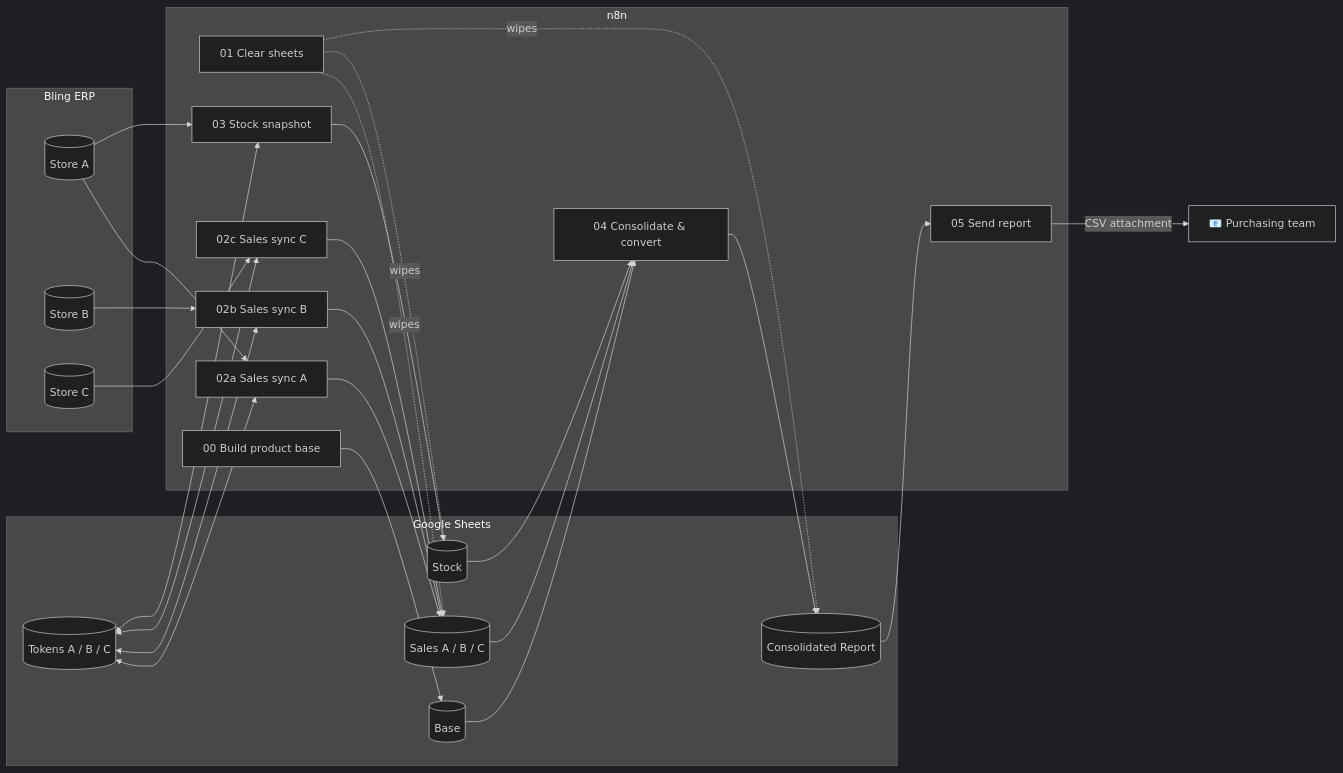
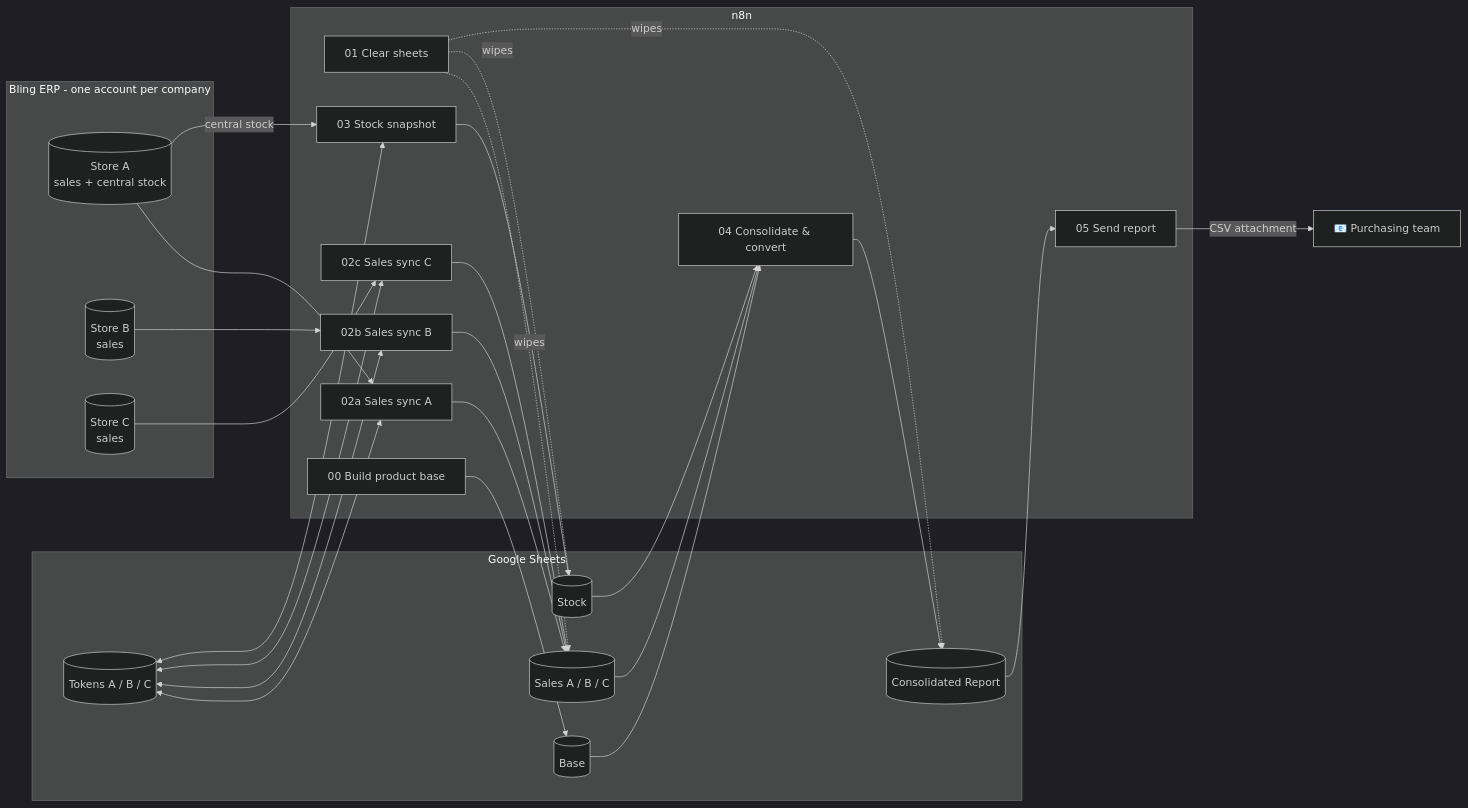
The diagram in README.md (JohnNatan01/n8n-sales-stock-report), drawn with Mermaid (dark theme) before and after one commit. The commit also changed other lines of this file, not shown here.

Commit message:
docs: make the three-company, single-stock model explicit

````diff
--- a/README.md
+++ b/README.md
@@ -50,36 +59,36 @@
 ```mermaid
 flowchart LR
-    subgraph Bling ERP
-        A[(Store A)]
-        B[(Store B)]
-        C[(Store C)]
+    subgraph Bling ERP - one account per company
+        A[(Store A<br/>sales + central stock)]
+        B[(Store B<br/>sales)]
+        C[(Store C<br/>sales)]
     end
 
     subgraph n8n
         W01[01 Clear sheets]
         W02a[02a Sales sync A]
         W02b[02b Sales sync B]
         W02c[02c Sales sync C]
         W03[03 Stock snapshot]
         W00[00 Build product base]
         W04[04 Consolidate & convert]
         W05[05 Send report]
     end
 
     subgraph Google Sheets
         S[(Sales A / B / C)]
         ST[(Stock)]
         BASE[(Base)]
         R[(Consolidated Report)]
         T[(Tokens A / B / C)]
     end
 
     W01 -. wipes .-> S & ST & R
     A --> W02a --> S
     B --> W02b --> S
     C --> W02c --> S
-    A --> W03 --> ST
+    A -->|central stock| W03 --> ST
     T <--> W02a & W02b & W02c & W03
     W00 --> BASE
     S & ST & BASE --> W04 --> R --> W05 -->|CSV attachment| M[📧 Purchasing team]
 ```
````
